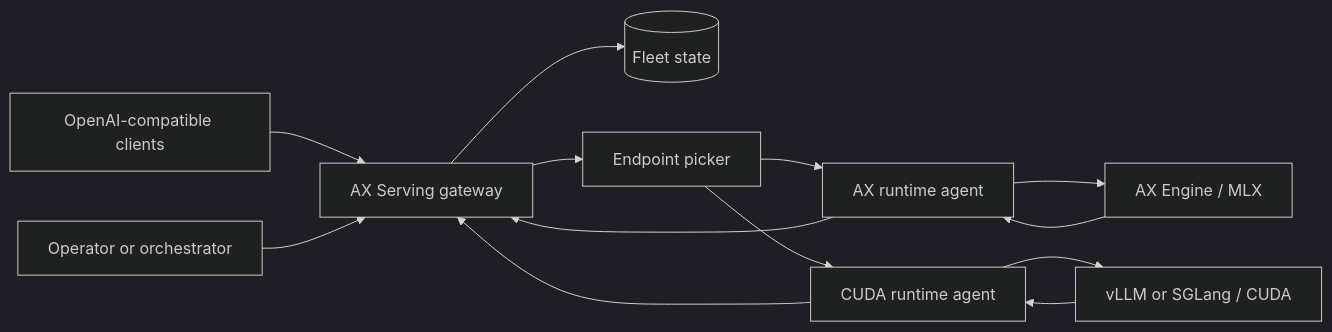
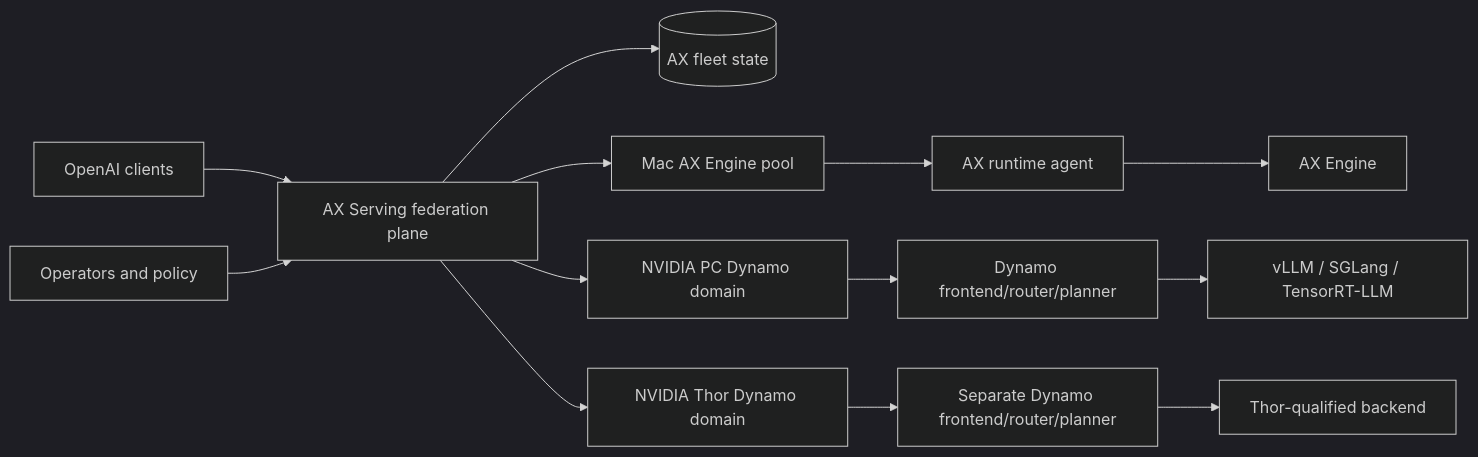
One commit to defai-digital/ax-serving changed the diagram in .internal/prd/PRD-AX-SERVING.md. Above: the diagram before and after it, drawn with Mermaid (dark theme). The commit also changed other lines of this file and 68 other files, not shown here.

Commit message:
feat(fabric): add federated execution-domain control plane

````diff
--- a/.internal/prd/PRD-AX-SERVING.md
+++ b/.internal/prd/PRD-AX-SERVING.md
@@ -162,13 +85,15 @@
 ```mermaid
 flowchart LR
-    C[OpenAI-compatible clients] --> G[AX Serving gateway]
-    O[Operator or orchestrator] --> G
-    G --> S[(Fleet state)]
-    G --> P[Endpoint picker]
-    P --> MA[AX runtime agent]
-    P --> CA[CUDA runtime agent]
-    MA --> AX[AX Engine / MLX]
-    CA --> VR[vLLM or SGLang / CUDA]
-    AX --> MA --> G
-    VR --> CA --> G
+    C[OpenAI clients] --> AX[AX Serving federation plane]
+    O[Operators and policy] --> AX
+    AX --> FS[(AX fleet state)]
+    AX --> MP[Mac AX Engine pool]
+    AX --> PC[NVIDIA PC Dynamo domain]
+    AX --> TH[NVIDIA Thor Dynamo domain]
+    MP --> A[AX runtime agent]
+    A --> E[AX Engine]
+    PC --> DPR[Dynamo frontend/router/planner]
+    TH --> DTR[Separate Dynamo frontend/router/planner]
+    DPR --> PB[vLLM / SGLang / TensorRT-LLM]
+    DTR --> TB[Thor-qualified backend]
 ```
````
